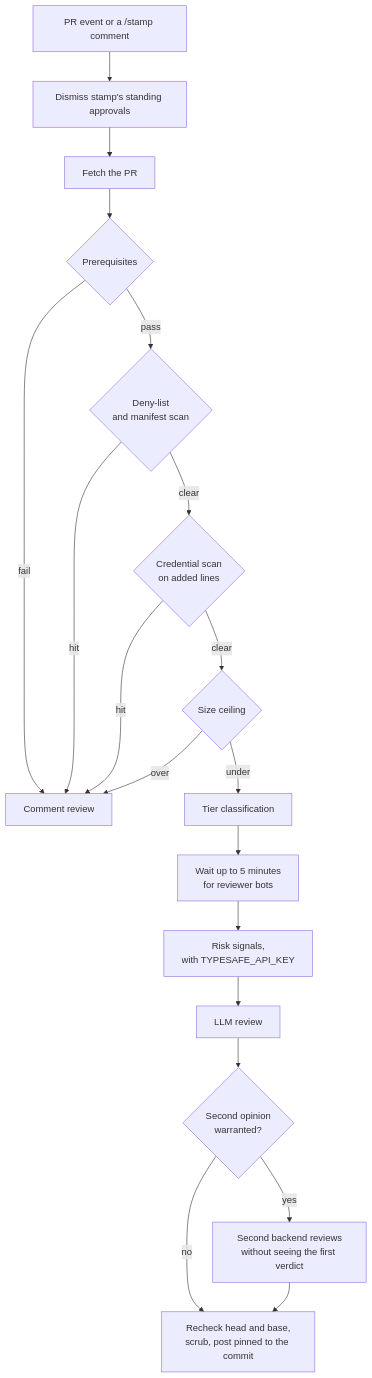
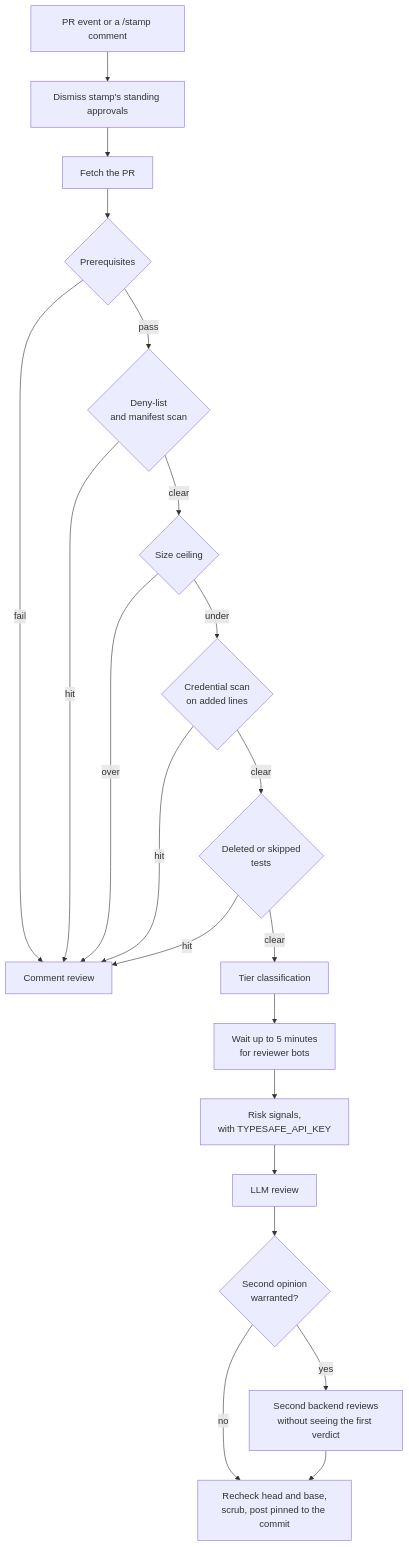
One commit to jagreehal/stamp changed the third of 15 diagrams in README.md. Above: the diagram before and after it, drawn with Mermaid. The commit also changed other lines of this file and 19 other files, not shown here.

````diff
--- a/README.md
+++ b/README.md
@@ -46,21 +46,23 @@
 ```mermaid
 flowchart TD
     T[PR event or a /stamp comment] --> D[Dismiss stamp's standing approvals]
     D --> F[Fetch the PR]
     F --> P{Prerequisites}
     P -- fail --> X[Comment review]
     P -- pass --> DL{Deny-list<br/>and manifest scan}
     DL -- hit --> X
-    DL -- clear --> CS{Credential scan<br/>on added lines}
+    DL -- clear --> SZ{Size ceiling}
+    SZ -- over --> X
+    SZ -- under --> CS{Credential scan<br/>on added lines}
     CS -- hit --> X
-    CS -- clear --> SZ{Size ceiling}
-    SZ -- over --> X
-    SZ -- under --> TI[Tier classification]
+    CS -- clear --> TS{Deleted or skipped<br/>tests}
+    TS -- hit --> X
+    TS -- clear --> TI[Tier classification]
     TI --> WB[Wait up to 5 minutes<br/>for reviewer bots]
     WB --> RS[Risk signals,<br/>with TYPESAFE_API_KEY]
     RS --> LLM[LLM review]
     LLM --> SO{Second opinion<br/>warranted?}
     SO -- yes --> L2[Second backend reviews<br/>without seeing the first verdict]
     SO -- no --> PO
     L2 --> PO[Recheck head and base,<br/>scrub, post pinned to the commit]
 ```
````
